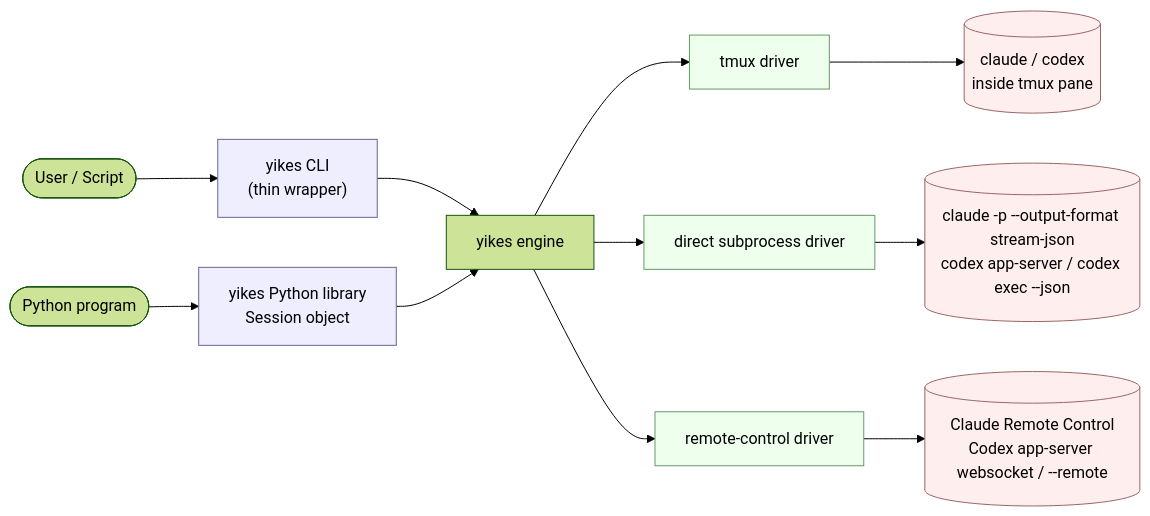
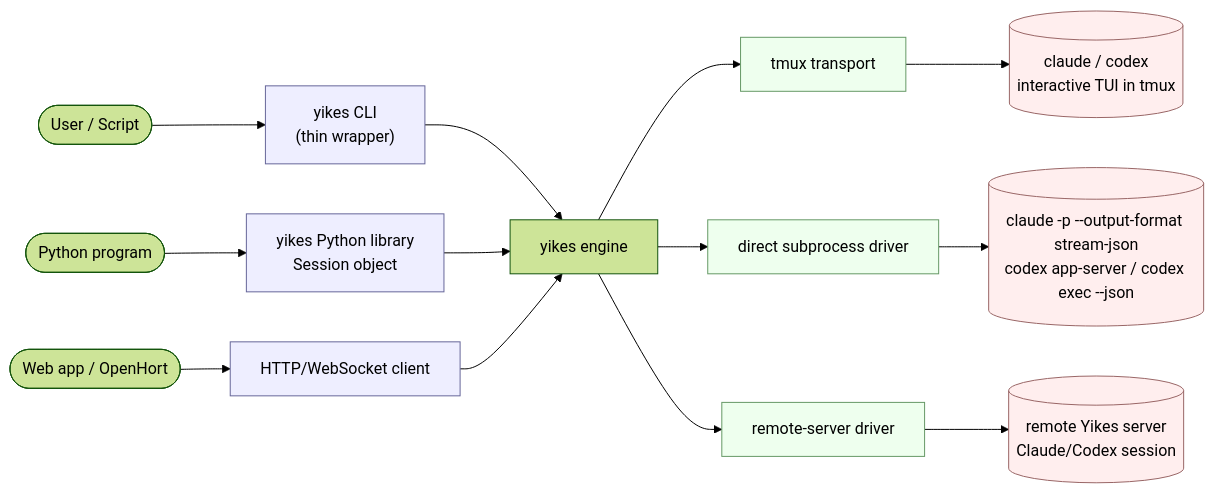
Before and after one commit to Alyxion/yikes: the diagram in docs/index.md, drawn with Mermaid (forest theme). The commit also changed other lines of this file and 40 other files, not shown here.

````diff
--- a/docs/index.md
+++ b/docs/index.md
@@ -14,19 +14,21 @@
 ```mermaid
 flowchart LR
     user([User / Script]) --> cli["yikes CLI<br/>(thin wrapper)"]
     user2([Python program]) --> lib["yikes Python library<br/>Session object"]
+    user3([Web app / OpenHort]) --> web["HTTP/WebSocket client"]
     cli --> engine[yikes engine]
     lib --> engine
-    engine --> drv_tmux[tmux driver]
+    web --> engine
+    engine --> drv_tmux[tmux transport]
     engine --> drv_direct[direct subprocess driver]
-    engine --> drv_remote[remote-control driver]
-    drv_tmux --> ai_tmux[("claude / codex<br/>inside tmux pane")]
+    engine --> drv_remote[remote-server driver]
+    drv_tmux --> ai_tmux[("claude / codex<br/>interactive TUI in tmux")]
     drv_direct --> ai_direct[("claude -p --output-format stream-json<br/>codex app-server / codex exec --json")]
-    drv_remote --> ai_remote[("Claude Remote Control<br/>Codex app-server websocket / --remote")]
+    drv_remote --> ai_remote[("remote Yikes server<br/>Claude/Codex session")]
     classDef face fill:#eef,stroke:#669
     classDef driver fill:#efe,stroke:#696
     classDef agent fill:#fee,stroke:#966
-    class cli,lib face
+    class cli,lib,web face
     class drv_tmux,drv_direct,drv_remote driver
     class ai_tmux,ai_direct,ai_remote agent
 ```
````
